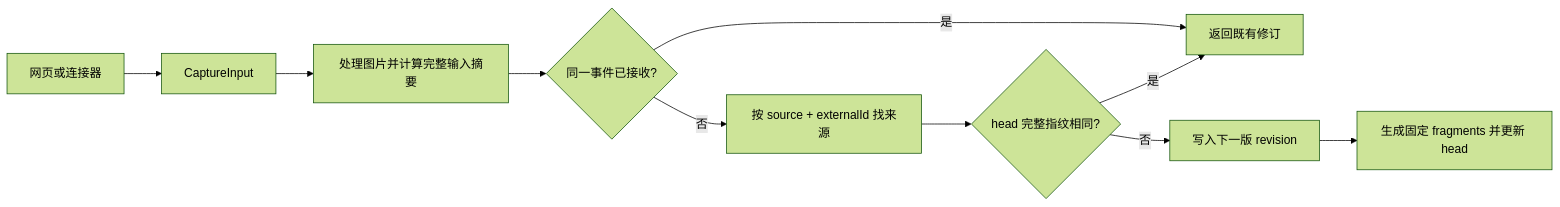
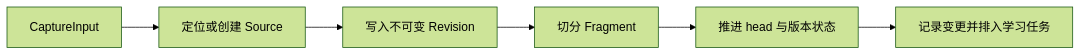
One commit to lejunyang/omem changed the diagram in .repo-review/knowledge/articles/08e8de8e7788195db049c6fb0184ebc7888d9ec16a991ed19523deb074181035.md. Above: the diagram before and after it, drawn with Mermaid (forest theme). The commit also changed other lines of this file and 4 other files, not shown here.

````diff
--- a/.repo-review/knowledge/articles/08e8de8e7788195db049c6fb0184ebc7888d9ec16a991ed19523deb074181035.md
+++ b/.repo-review/knowledge/articles/08e8de8e7788195db049c6fb0184ebc7888d9ec16a991ed19523deb074181035.md
@@ -29,12 +50,8 @@
 ```mermaid
 flowchart LR
-  A[网页或连接器] --> B[CaptureInput]
-  B --> C[处理图片并计算完整输入摘要]
-  C --> D{同一事件已接收?}
-  D -- 是 --> E[返回既有修订]
-  D -- 否 --> F[按 source + externalId 找来源]
-  F --> G{head 完整指纹相同?}
-  G -- 是 --> E
-  G -- 否 --> H[写入下一版 revision]
-  H --> I[生成固定 fragments 并更新 head]
+  A[CaptureInput] --> B[定位或创建 Source]
+  B --> C[写入不可变 Revision]
+  C --> D[切分 Fragment]
+  D --> E[推进 head 与版本状态]
+  E --> F[记录变更并排入学习任务]
 ```
````
